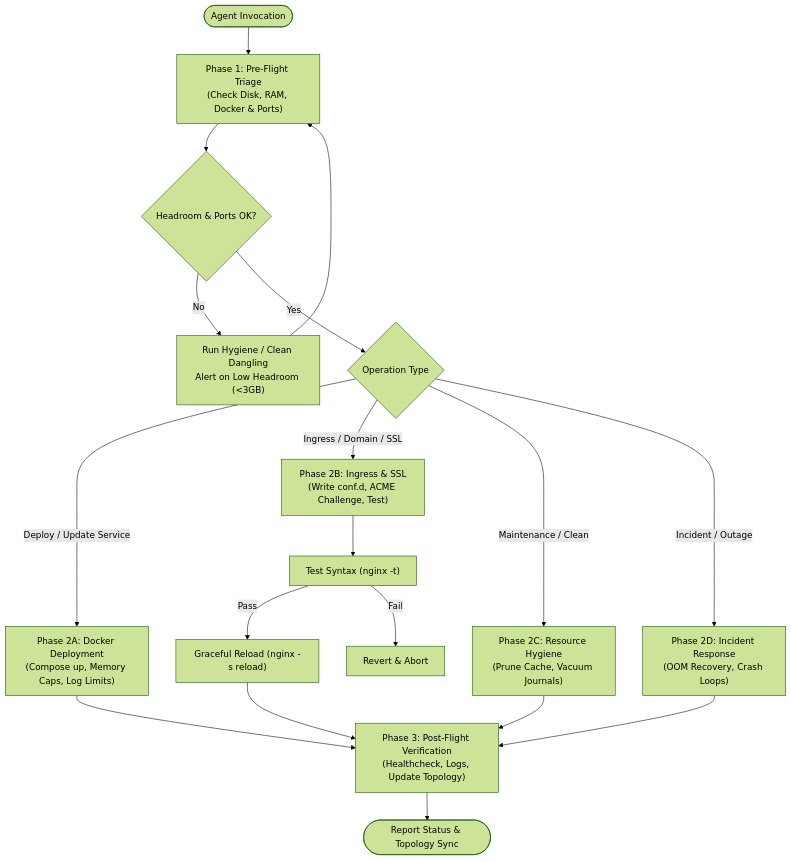
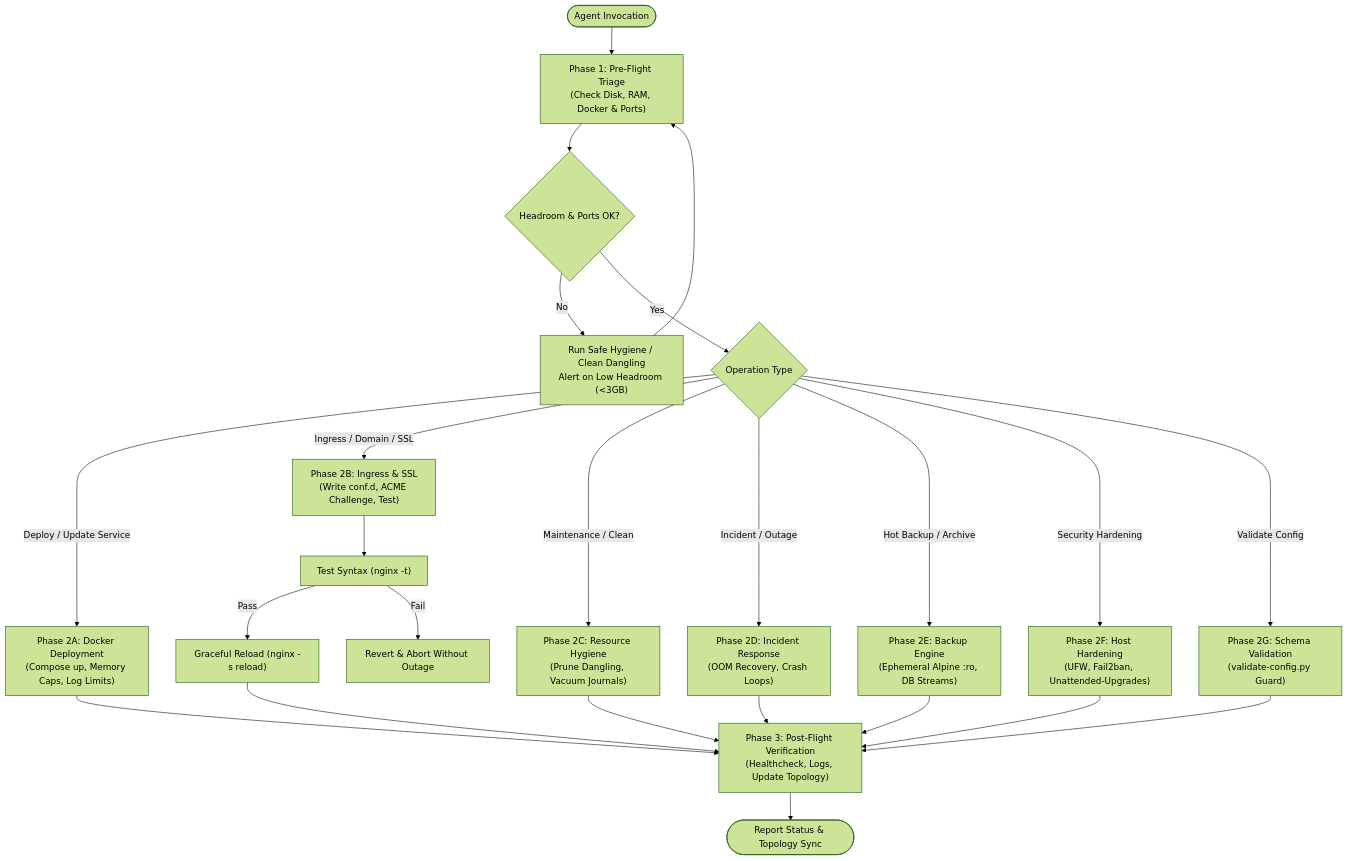
Before and after one commit to AminFallah4252/agent-devops-manager: the diagram in SKILL.md, drawn with Mermaid (forest theme). The commit also changed other lines of this file and 4 other files, not shown here.

````diff
--- a/SKILL.md
+++ b/SKILL.md
@@ -16,22 +16,28 @@
 ```mermaid
 flowchart TD
     Start(["Agent Invocation"]) --> PreFlight["Phase 1: Pre-Flight Triage\n(Check Disk, RAM, Docker & Ports)"]
     PreFlight --> CheckOK{"Headroom & Ports OK?"}
-    CheckOK -- No --> Remediate["Run Hygiene / Clean Dangling\nAlert on Low Headroom (<3GB)"]
+    CheckOK -- No --> Remediate["Run Safe Hygiene / Clean Dangling\nAlert on Low Headroom (<3GB)"]
     Remediate --> PreFlight
     CheckOK -- Yes --> Action{"Operation Type"}
     
     Action -- "Deploy / Update Service" --> DeployFlow["Phase 2A: Docker Deployment\n(Compose up, Memory Caps, Log Limits)"]
     Action -- "Ingress / Domain / SSL" --> NginxFlow["Phase 2B: Ingress & SSL\n(Write conf.d, ACME Challenge, Test)"]
-    Action -- "Maintenance / Clean" --> HygieneFlow["Phase 2C: Resource Hygiene\n(Prune Cache, Vacuum Journals)"]
+    Action -- "Maintenance / Clean" --> HygieneFlow["Phase 2C: Resource Hygiene\n(Prune Dangling, Vacuum Journals)"]
     Action -- "Incident / Outage" --> IncidentFlow["Phase 2D: Incident Response\n(OOM Recovery, Crash Loops)"]
+    Action -- "Hot Backup / Archive" --> BackupFlow["Phase 2E: Backup Engine\n(Ephemeral Alpine :ro, DB Streams)"]
+    Action -- "Security Hardening" --> HardeningFlow["Phase 2F: Host Hardening\n(UFW, Fail2ban, Unattended-Upgrades)"]
+    Action -- "Validate Config" --> SchemaFlow["Phase 2G: Schema Validation\n(validate-config.py Guard)"]
 
     DeployFlow --> PostFlight["Phase 3: Post-Flight Verification\n(Healthcheck, Logs, Update Topology)"]
     NginxFlow --> NginxTest["Test Syntax (nginx -t)"]
     NginxTest -- Pass --> ReloadNginx["Graceful Reload (nginx -s reload)"]
-    NginxTest -- Fail --> Abort["Revert & Abort"]
+    NginxTest -- Fail --> Abort["Revert & Abort Without Outage"]
     ReloadNginx --> PostFlight
     HygieneFlow --> PostFlight
     IncidentFlow --> PostFlight
+    BackupFlow --> PostFlight
+    HardeningFlow --> PostFlight
+    SchemaFlow --> PostFlight
     PostFlight --> Finish(["Report Status & Topology Sync"])
 ```
````
